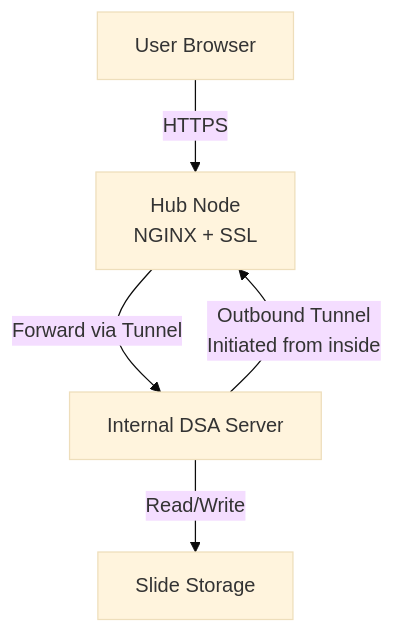
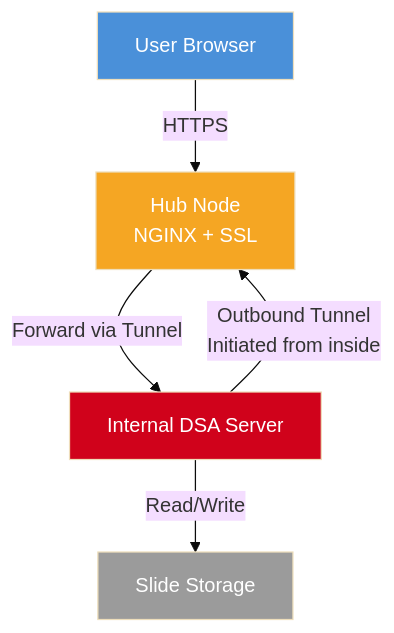
Before and after one commit to Kentucky-Open-Science/BDSA_Setup_Documentation: the second of 5 diagrams in README.md, drawn with Mermaid (base theme). The commit also changed other lines of this file, not shown here.

Commit message:
move the architecture diagrams

````diff
--- a/README.md
+++ b/README.md
@@ -779,7 +170,12 @@
 ```mermaid
 graph TD
     A[User Browser] -->|HTTPS| B[Hub Node<br>NGINX + SSL]
     C[Internal DSA Server] -->|Outbound Tunnel<br>Initiated from inside| B
     B -->|Forward via Tunnel| C
     C -->|Read/Write| D[Slide Storage]
+
+    style A fill:#4A90D9,color:#fff
+    style B fill:#F5A623,color:#fff
+    style C fill:#D0021B,color:#fff
+    style D fill:#9B9B9B,color:#fff
 ```
````
